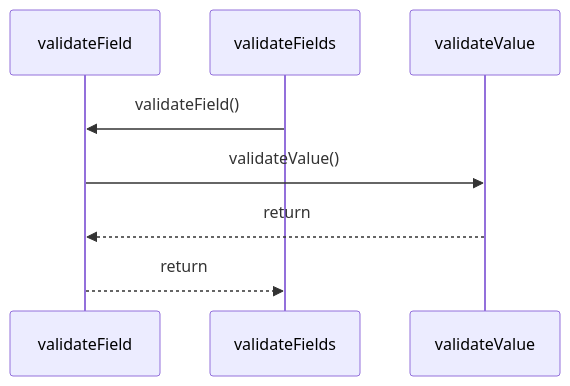
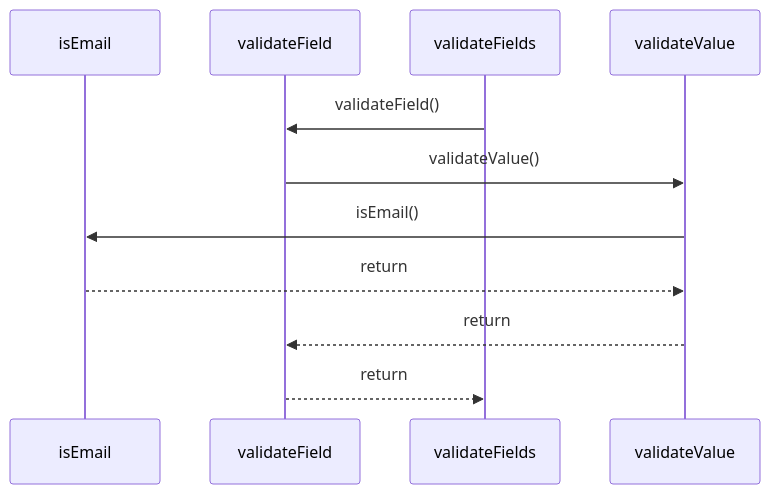
The diagram in paradox/diagrams/sequences/validate-fields.mmd (ankhorage/zora), drawn with Mermaid before and after one commit. The commit also changed 73 other files, not shown here.

```diff
--- a/paradox/diagrams/sequences/validate-fields.mmd
+++ b/paradox/diagrams/sequences/validate-fields.mmd
@@ -1,8 +1,11 @@
 sequenceDiagram
+  participant participant_isEmail as isEmail
   participant participant_validateField as validateField
   participant participant_validateFields as validateFields
   participant participant_validateValue as validateValue
   participant_validateFields->>participant_validateField: validateField()
   participant_validateField->>participant_validateValue: validateValue()
+  participant_validateValue->>participant_isEmail: isEmail()
+  participant_isEmail-->>participant_validateValue: return
   participant_validateValue-->>participant_validateField: return
   participant_validateField-->>participant_validateFields: return
```
